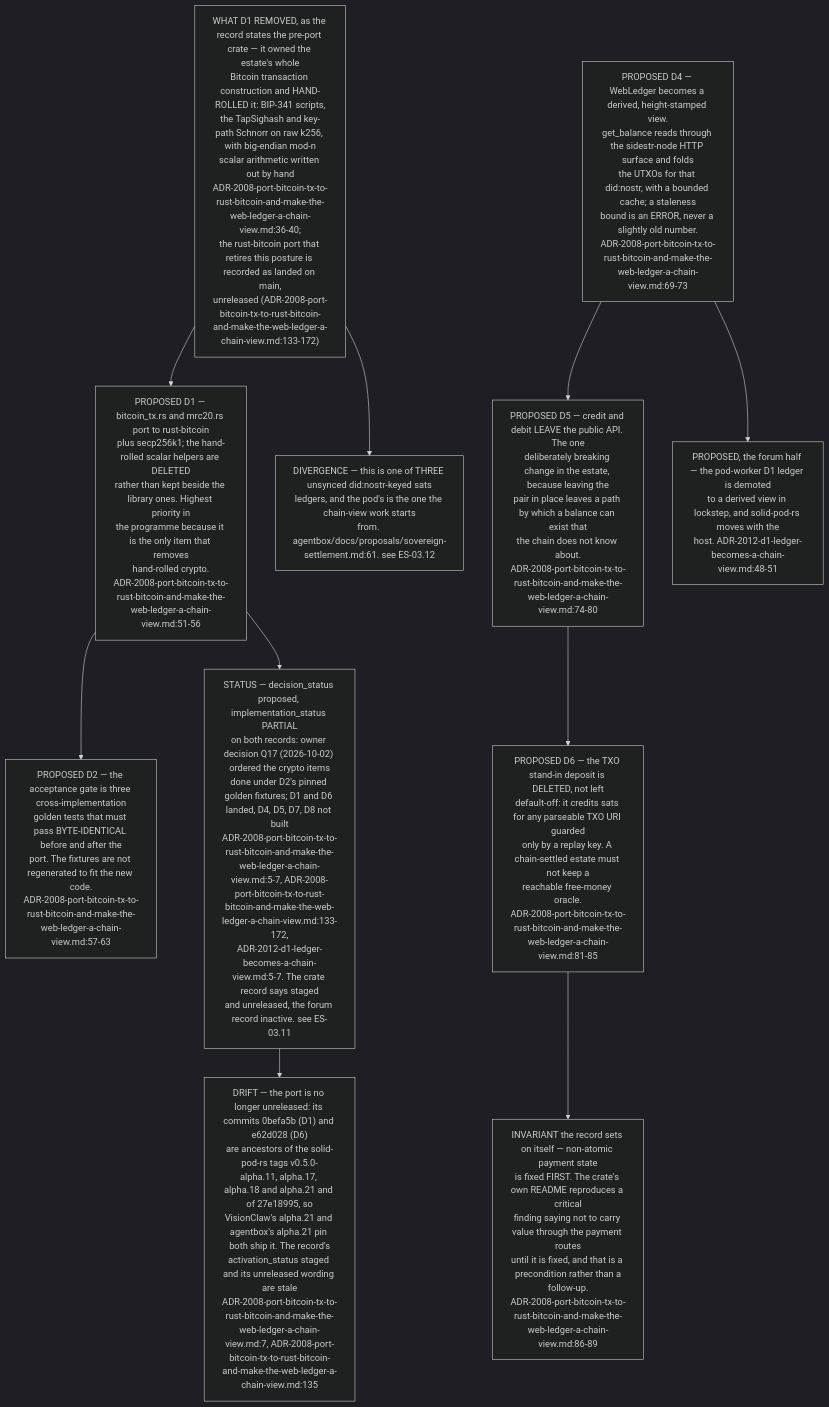
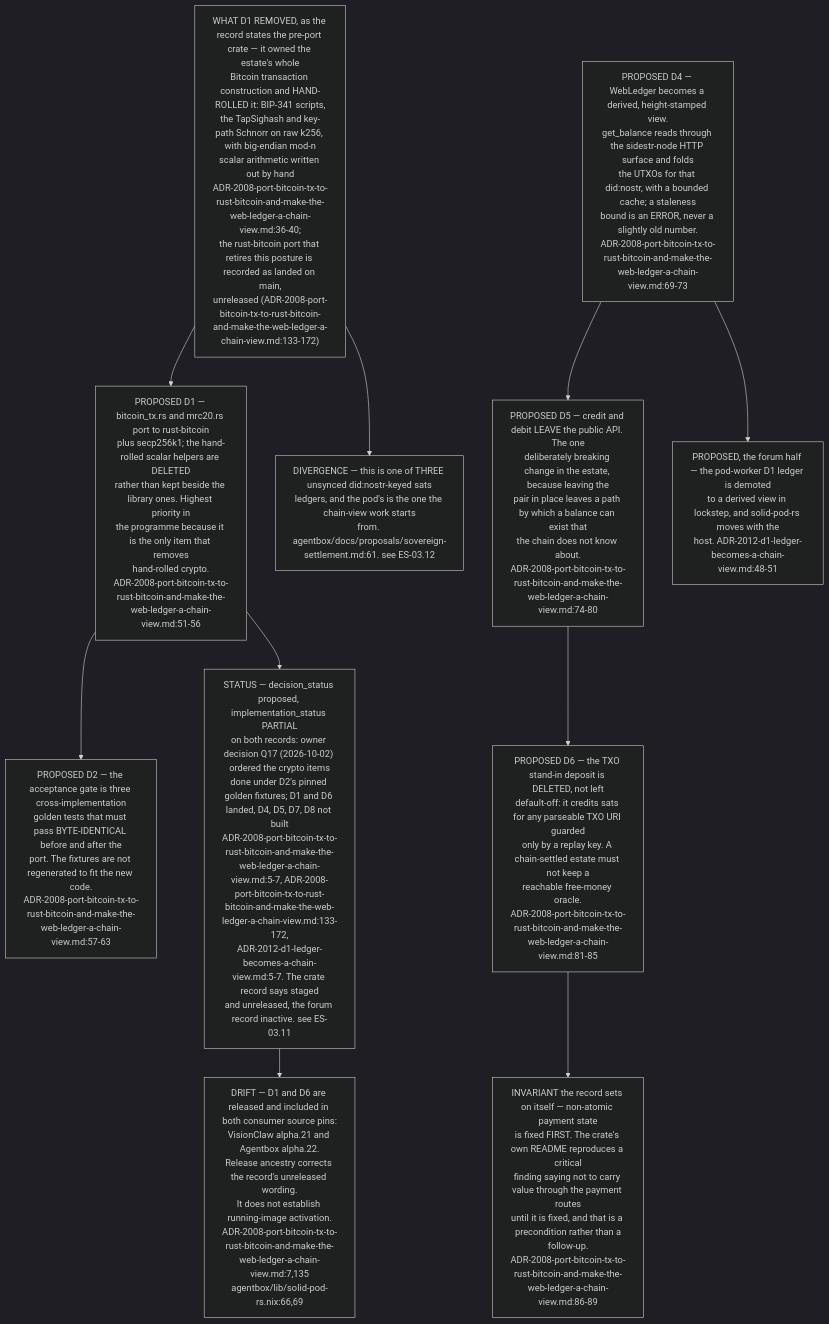
Before and after one commit to DreamLab-AI/VisionFlow: diagram 12 of 13 in docs/diagrams/estate/08-solid-pod-estate.md, drawn with Mermaid (dark theme). The commit also changed other lines of this file and 12 other files, not shown here.

Commit message:
docs: align custody pod pins and retained EVM state (#36)

````diff
--- a/docs/diagrams/estate/08-solid-pod-estate.md
+++ b/docs/diagrams/estate/08-solid-pod-estate.md
@@ -516,31 +516,31 @@
 ```mermaid
 flowchart TB
     CRYPTO["WHAT D1 REMOVED, as the record states the pre-port crate — it owned the estate's whole<br/>Bitcoin transaction construction and HAND-ROLLED it: BIP-341 scripts,<br/>the TapSighash and key-path Schnorr on raw k256, with big-endian mod-n<br/>scalar arithmetic written out by hand<br/>ADR-2008-port-bitcoin-tx-to-rust-bitcoin-and-make-the-web-ledger-a-chain-view.md:36-40;<br/>the rust-bitcoin port that retires this posture is recorded as landed on main,<br/>unreleased (ADR-2008-port-bitcoin-tx-to-rust-bitcoin-and-make-the-web-ledger-a-chain-view.md:133-172)"]
 
     PORT["PROPOSED D1 — bitcoin_tx.rs and mrc20.rs port to rust-bitcoin<br/>plus secp256k1; the hand-rolled scalar helpers are DELETED<br/>rather than kept beside the library ones. Highest priority in<br/>the programme because it is the only item that removes<br/>hand-rolled crypto.<br/>ADR-2008-port-bitcoin-tx-to-rust-bitcoin-and-make-the-web-ledger-a-chain-view.md:51-56"]
     CRYPTO --> PORT
 
     GATE["PROPOSED D2 — the acceptance gate is three cross-implementation<br/>golden tests that must pass BYTE-IDENTICAL before and after the<br/>port. The fixtures are not regenerated to fit the new code.<br/>ADR-2008-port-bitcoin-tx-to-rust-bitcoin-and-make-the-web-ledger-a-chain-view.md:57-63"]
     PORT --> GATE
 
     VIEW["PROPOSED D4 — WebLedger becomes a derived, height-stamped view.<br/>get_balance reads through the sidestr-node HTTP surface and folds<br/>the UTXOs for that did:nostr, with a bounded cache; a staleness<br/>bound is an ERROR, never a slightly old number.<br/>ADR-2008-port-bitcoin-tx-to-rust-bitcoin-and-make-the-web-ledger-a-chain-view.md:69-73"]
     API["PROPOSED D5 — credit and debit LEAVE the public API. The one<br/>deliberately breaking change in the estate, because leaving the<br/>pair in place leaves a path by which a balance can exist that<br/>the chain does not know about.<br/>ADR-2008-port-bitcoin-tx-to-rust-bitcoin-and-make-the-web-ledger-a-chain-view.md:74-80"]
     VIEW --> API
 
     TXO["PROPOSED D6 — the TXO stand-in deposit is DELETED, not left<br/>default-off: it credits sats for any parseable TXO URI guarded<br/>only by a replay key. A chain-settled estate must not keep a<br/>reachable free-money oracle.<br/>ADR-2008-port-bitcoin-tx-to-rust-bitcoin-and-make-the-web-ledger-a-chain-view.md:81-85"]
     API --> TXO
 
     FORUM["PROPOSED, the forum half — the pod-worker D1 ledger is demoted<br/>to a derived view in lockstep, and solid-pod-rs moves with the<br/>host. ADR-2012-d1-ledger-becomes-a-chain-view.md:48-51"]
     VIEW --> FORUM
 
     PRE["INVARIANT the record sets on itself — non-atomic payment state<br/>is fixed FIRST. The crate's own README reproduces a critical<br/>finding saying not to carry value through the payment routes<br/>until it is fixed, and that is a precondition rather than a<br/>follow-up.<br/>ADR-2008-port-bitcoin-tx-to-rust-bitcoin-and-make-the-web-ledger-a-chain-view.md:86-89"]
     TXO --> PRE
 
     NOTLIVE["STATUS — decision_status proposed, implementation_status PARTIAL<br/>on both records: owner decision Q17 (2026-10-02) ordered the crypto items<br/>done under D2's pinned golden fixtures; D1 and D6 landed, D4, D5, D7, D8 not built<br/>ADR-2008-port-bitcoin-tx-to-rust-bitcoin-and-make-the-web-ledger-a-chain-view.md:5-7, ADR-2008-port-bitcoin-tx-to-rust-bitcoin-and-make-the-web-ledger-a-chain-view.md:133-172,<br/>ADR-2012-d1-ledger-becomes-a-chain-view.md:5-7. The crate record says staged<br/>and unreleased, the forum record inactive. see ES-03.11"]
-    DRIFT["DRIFT — the port is no longer unreleased: its commits 0befa5b (D1) and e62d028 (D6)<br/>are ancestors of the solid-pod-rs tags v0.5.0-alpha.11, alpha.17, alpha.18 and alpha.21 and of 27e18995, so<br/>VisionClaw's alpha.21 and agentbox's alpha.21 pin both ship it. The record's<br/>activation_status staged and its unreleased wording are stale<br/>ADR-2008-port-bitcoin-tx-to-rust-bitcoin-and-make-the-web-ledger-a-chain-view.md:7, ADR-2008-port-bitcoin-tx-to-rust-bitcoin-and-make-the-web-ledger-a-chain-view.md:135"]
+    DRIFT["DRIFT — D1 and D6 are released and included in both consumer source pins:<br/>VisionClaw alpha.21 and Agentbox alpha.22.<br/>Release ancestry corrects the record's unreleased wording.<br/>It does not establish running-image activation.<br/>ADR-2008-port-bitcoin-tx-to-rust-bitcoin-and-make-the-web-ledger-a-chain-view.md:7,135<br/>agentbox/lib/solid-pod-rs.nix:66,69"]
     NOTLIVE --> DRIFT
     PORT --> NOTLIVE
 
     THREE["DIVERGENCE — this is one of THREE unsynced did:nostr-keyed sats<br/>ledgers, and the pod's is the one the chain-view work starts<br/>from. agentbox/docs/proposals/sovereign-settlement.md:61. see ES-03.12"]
     CRYPTO --> THREE
 ```
````
